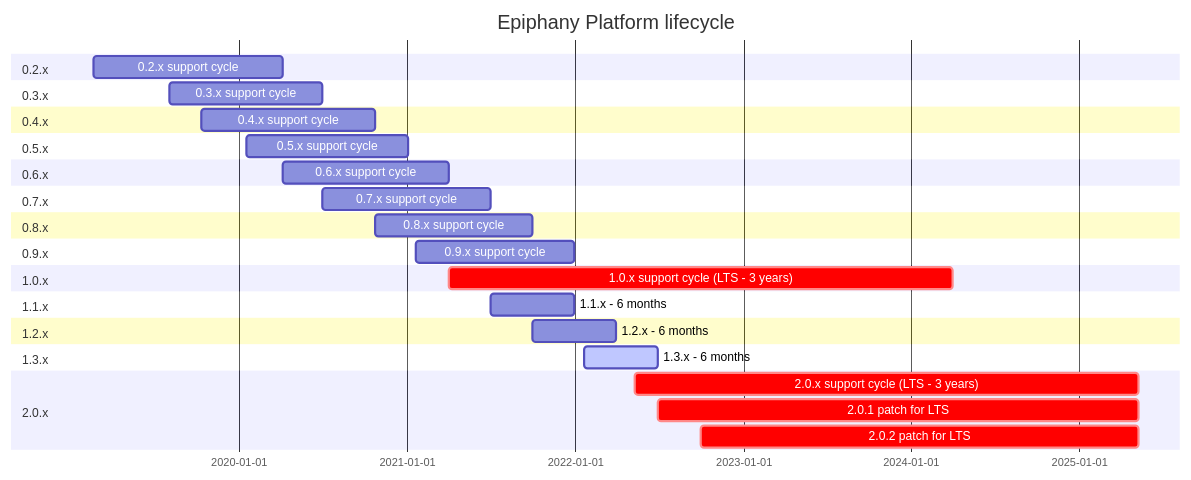
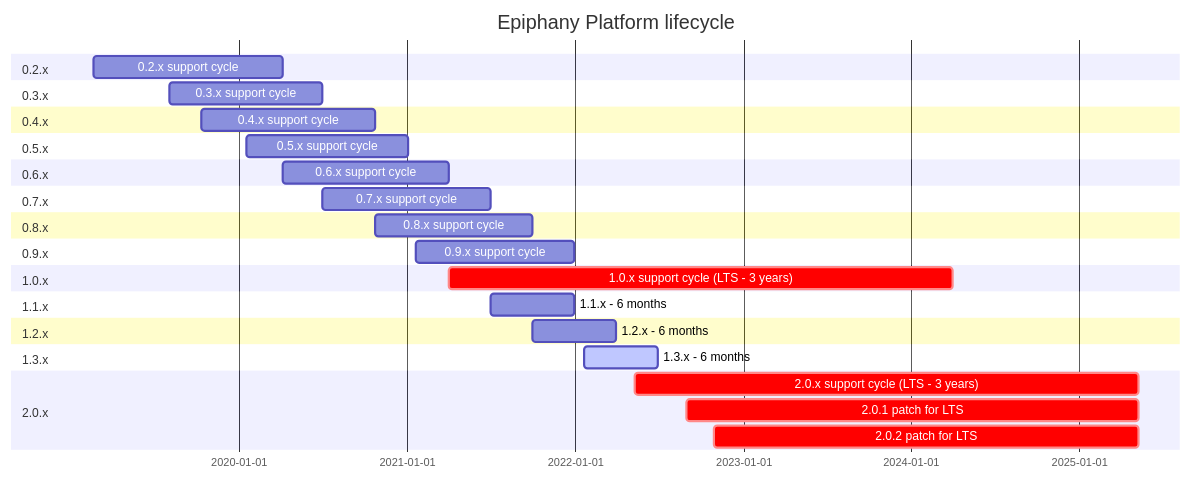
Before and after one commit to hitachienergy/epiphany: the diagram in docs/home/LIFECYCLE.md, drawn with Mermaid. The commit also changed other lines of this file, not shown here.

````diff
--- a/docs/home/LIFECYCLE.md
+++ b/docs/home/LIFECYCLE.md
@@ -40,33 +40,33 @@
 ```mermaid
 gantt
 title Epiphany Platform lifecycle
 dateFormat  YYYY-MM-DD
 section 0.2.x
 0.2.x support cycle     :a, 2019-02-19, 2020-04-06
 section 0.3.x
 0.3.x support cycle     :a, 2019-08-02, 2020-07-01
 section 0.4.x
 0.4.x support cycle     :a, 2019-10-11, 2020-10-22
 section 0.5.x
 0.5.x support cycle     :a, 2020-01-17, 2021-01-02
 section 0.6.x
 0.6.x support cycle     :a, 2020-04-06, 2021-04-01
 section 0.7.x
 0.7.x support cycle     :a, 2020-07-01, 2021-06-30
 section 0.8.x
 0.8.x support cycle     :a, 2020-10-22, 2021-09-30
 section 0.9.x
 0.9.x support cycle      :a, 2021-01-19, 2021-12-30
 section 1.0.x
 1.0.x support cycle (LTS - 3 years)    :crit, 2021-04-01, 2024-04-01
 section 1.1.x
 1.1.x - 6 months     :a, 2021-06-30, 2021-12-30
 section 1.2.x
 1.2.x - 6 months     :a, 2021-09-30, 2022-03-30
 section 1.3.x
 1.3.x - 6 months     :active, 2022-01-19, 2022-06-30
 section 2.0.x
 2.0.x support cycle (LTS - 3 years)     :crit, 2022-05-09, 2025-05-09
-2.0.1 patch for LTS     :crit, 2022-06-30, 2025-05-09
-2.0.2 patch for LTS     :crit, 2022-09-30, 2025-05-09
+2.0.1 patch for LTS     :crit, 2022-08-30, 2025-05-09
+2.0.2 patch for LTS     :crit, 2022-10-30, 2025-05-09
 ```
````
